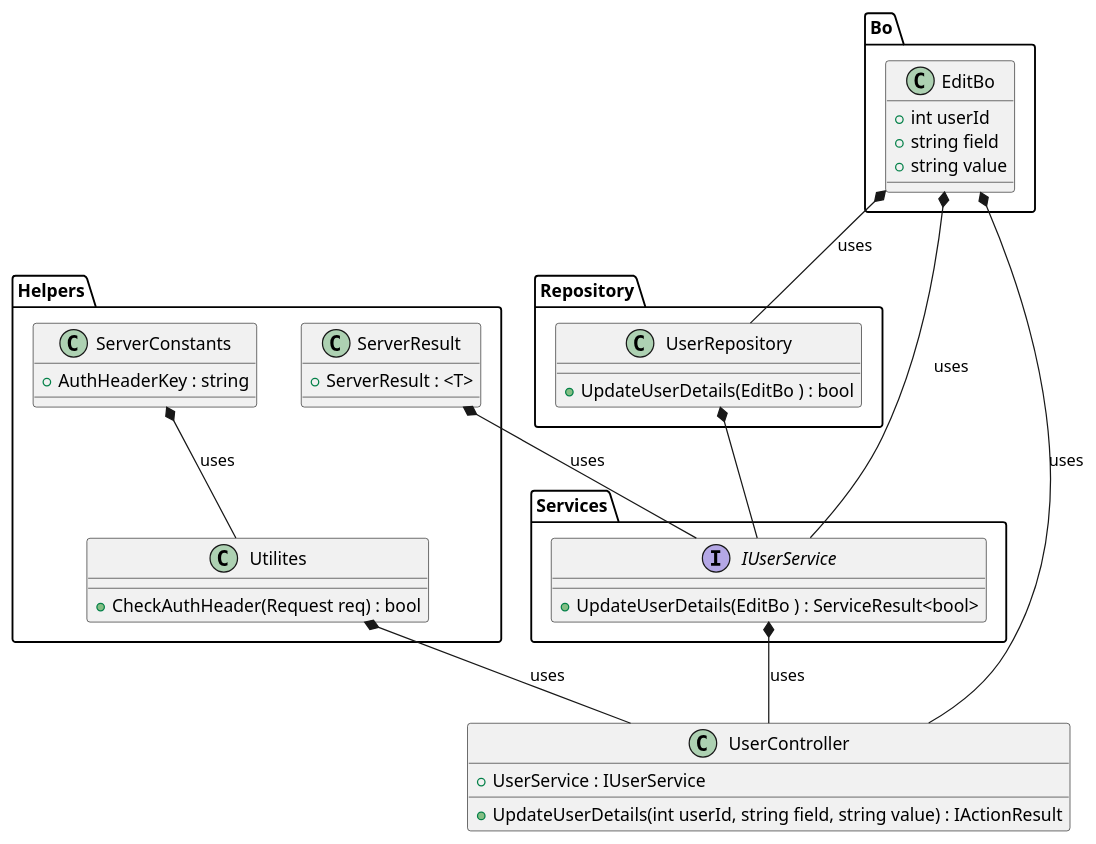
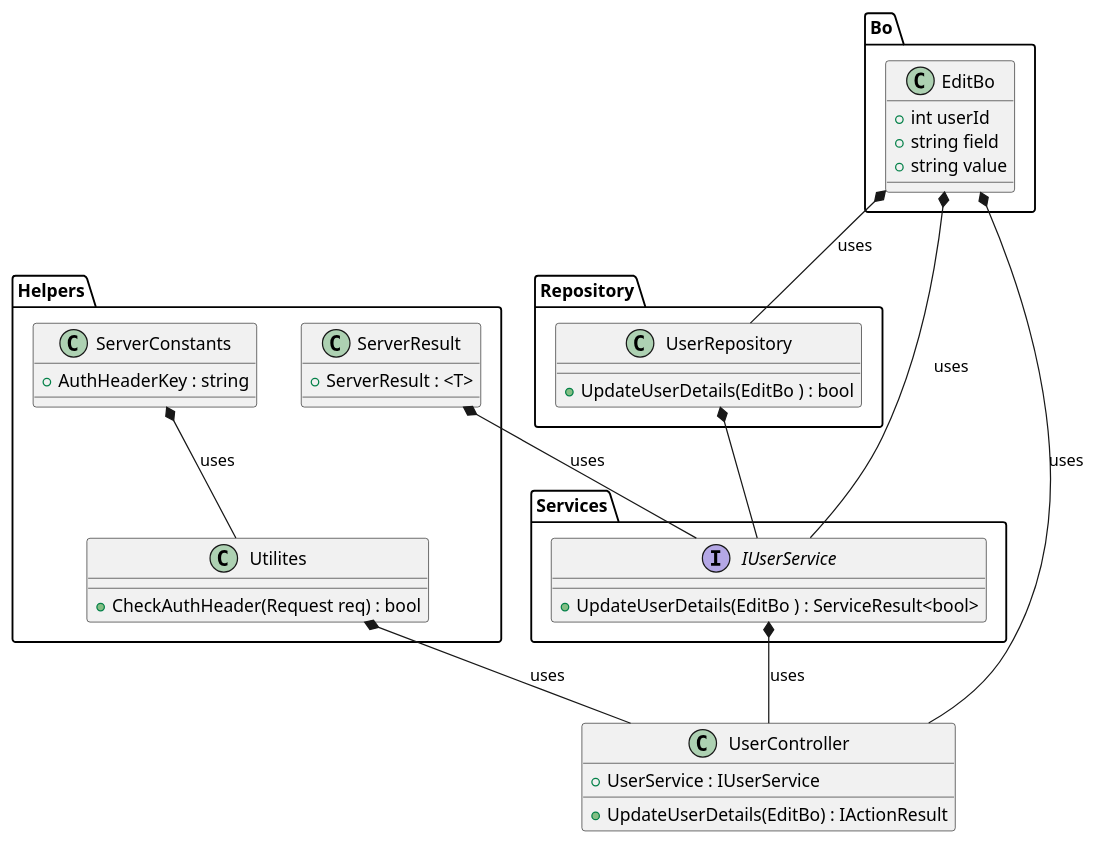
One commit to nainamuhammed/foodie-service changed the diagram in Restaurant_Web_Api/Controllers/User/Design/ClassDiagram.puml. Above: the diagram before and after it, drawn with PlantUML. The commit also changed 1 other file, not shown here.

Commit message:
made changes in login and update class diagram

```diff
--- a/Restaurant_Web_Api/Controllers/User/Design/ClassDiagram.puml
+++ b/Restaurant_Web_Api/Controllers/User/Design/ClassDiagram.puml
@@ -1,62 +1,62 @@
 @startuml
 
 class UserController {
     + UserService : IUserService
-    + UpdateUserDetails(int userId, string field, string value) : IActionResult
+    + UpdateUserDetails(EditBo) : IActionResult
    
     
 } 
 
 package Helpers {
     Class Utilites {
         + CheckAuthHeader(Request req) : bool
     }
 
     Class ServerConstants {
         + AuthHeaderKey : string
     }
 
     Class ServerResult {
         + ServerResult : <T>
     }
 }
 
 package "Services" {
     interface IUserService {
         + UpdateUserDetails(EditBo ) : ServiceResult<bool>
         
     }
 }
 
 package "Repository" {
     class UserRepository {
         + UpdateUserDetails(EditBo ) : bool
       
  
     }
 }
 
 Package Bo{
     
     Class EditBo{
         + int userId
         + string field
         + string value
     }
 }
 
 
 
 EditBo *-- UserController : uses
 EditBo *-- UserRepository : uses
 EditBo *-- IUserService : uses
 IUserService *-- UserController : uses
 ServerResult *-- IUserService : uses
 Utilites *-- UserController : uses
 ServerConstants *-- Utilites : uses
 UserRepository *-- IUserService
 
 
 
 
 @enduml
```
